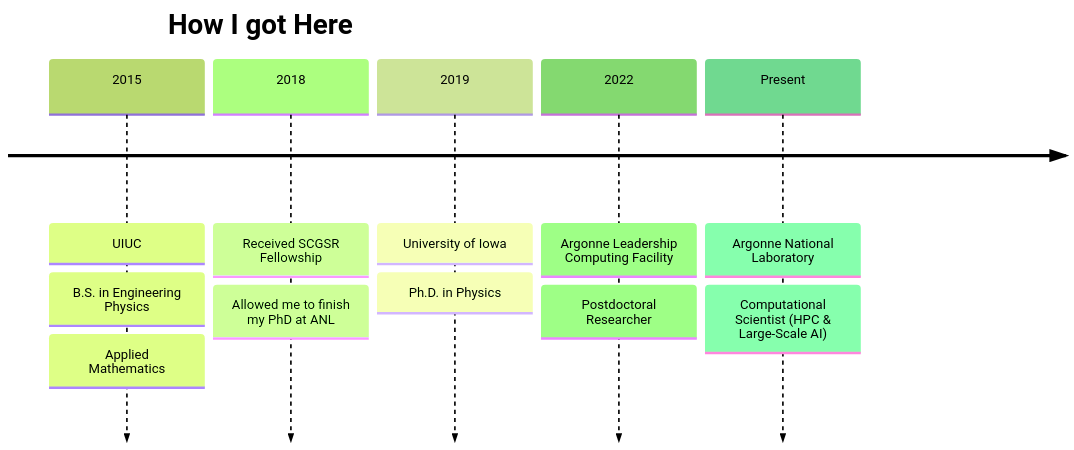
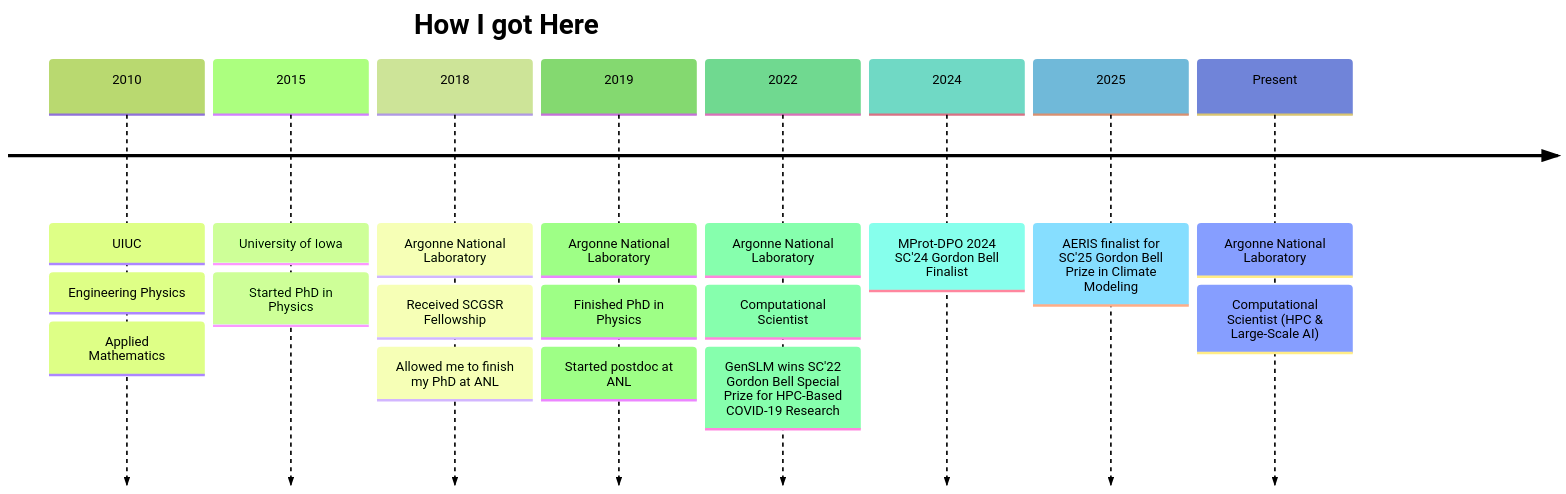
One commit to saforem2/personal_site changed the diagram in talks/2025/10/24/index.qmd. Above: the diagram before and after it, drawn with Mermaid (forest theme). The commit also changed other lines of this file and 105 other files, not shown here.

````diff
--- a/talks/2025/10/24/index.qmd
+++ b/talks/2025/10/24/index.qmd
@@ -860,15 +89,22 @@
 ```{mermaid}
 timeline
     title How I got Here
-    2015: UIUC
-        : B.S. in Engineering Physics
+    2010: UIUC
+        : Engineering Physics
         : Applied Mathematics
-    2018: Received SCGSR Fellowship
+    2015: University of Iowa
+        : Started PhD in Physics
+    2018: Argonne National Laboratory
+        : Received SCGSR Fellowship
         : Allowed me to finish my PhD at ANL
-    2019: University of Iowa
-        : Ph.D. in Physics
-    2022: Argonne Leadership Computing Facility
-        : Postdoctoral Researcher
+    2019: Argonne National Laboratory
+        : Finished PhD in Physics
+        : Started postdoc at ANL
+    2022: Argonne National Laboratory
+        : Computational Scientist
+        : GenSLM wins SC'22 Gordon Bell Special Prize for HPC-Based COVID-19 Research
+    2024: MProt-DPO 2024 SC'24 Gordon Bell Finalist
+    2025: AERIS finalist for SC'25 Gordon Bell Prize in Climate Modeling
     Present: Argonne National Laboratory
            : Computational Scientist (HPC & Large-Scale AI)
 ```
````
